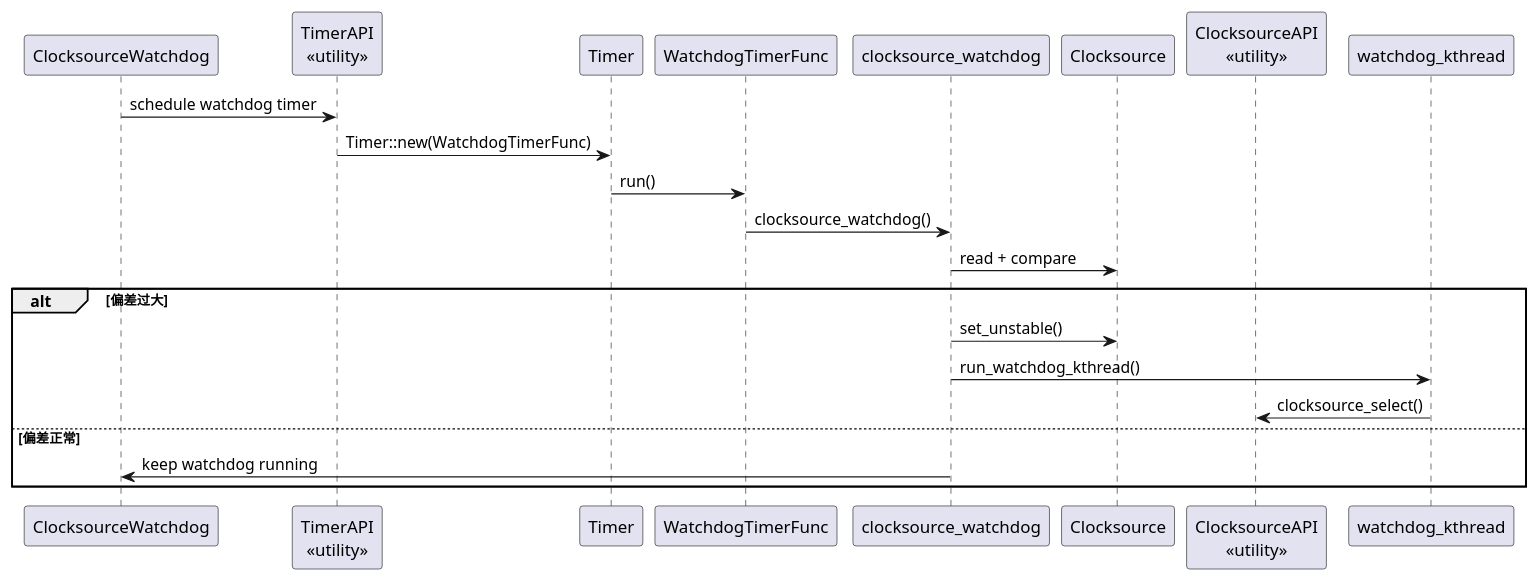
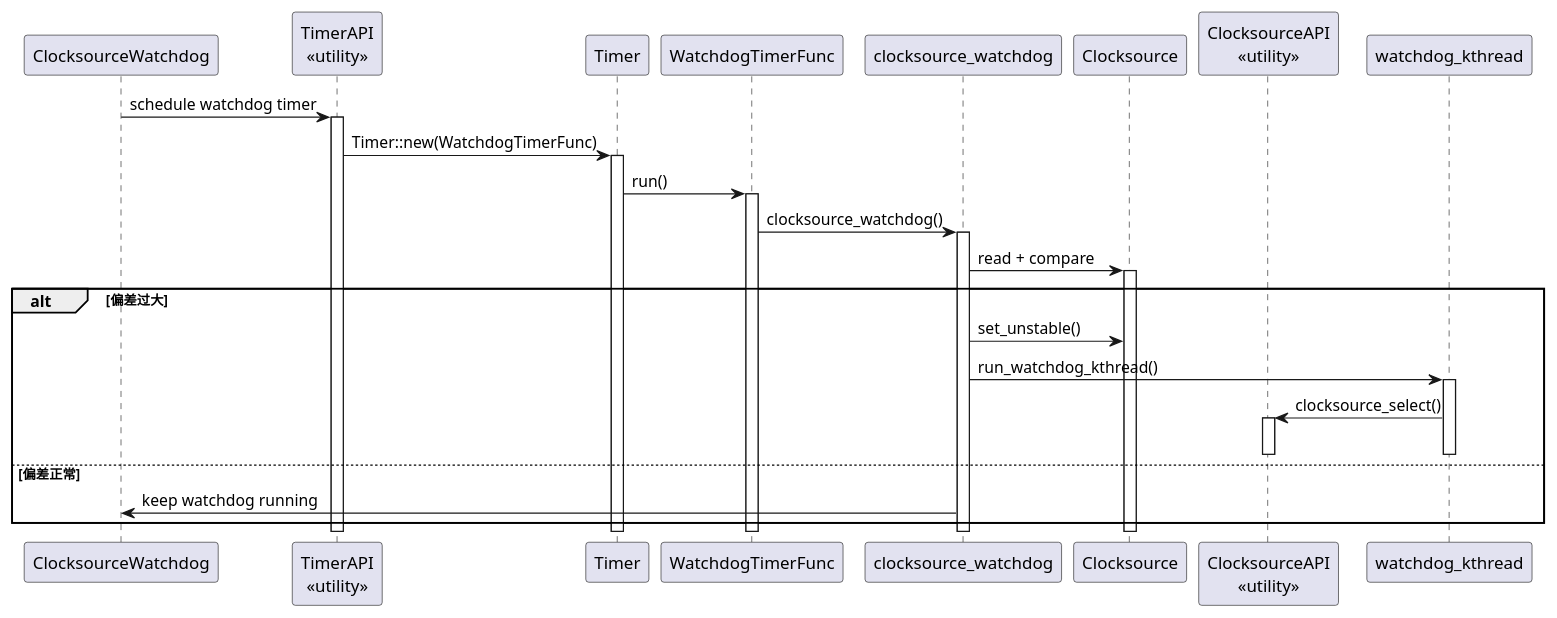
The sixth of 7 diagrams in kernel/src/time/README.md (mistcoversmyeyes/DragonOS), drawn with PlantUML before and after one commit. The commit also changed other lines of this file and 5 other files, not shown here.

````diff
--- a/kernel/src/time/README.md
+++ b/kernel/src/time/README.md
@@ -291,25 +307,39 @@
 ```plantuml
 @startuml
 participant "ClocksourceWatchdog" as CWD
 participant "TimerAPI\n<<utility>>" as TMR
 participant "Timer" as T
 participant "WatchdogTimerFunc" as WTF
 participant "clocksource_watchdog" as CSW
 participant "Clocksource" as CS
 participant "ClocksourceAPI\n<<utility>>" as CSA
 participant "watchdog_kthread" as WK
 
 CWD -> TMR : schedule watchdog timer
+activate TMR
 TMR -> T : Timer::new(WatchdogTimerFunc)
+activate T
 T -> WTF : run()
+activate WTF
 WTF -> CSW : clocksource_watchdog()
+activate CSW
 CSW -> CS : read + compare
+activate CS
 alt 偏差过大
   CSW -> CS : set_unstable()
   CSW -> WK : run_watchdog_kthread()
+  activate WK
   WK -> CSA : clocksource_select()
+  activate CSA
+  deactivate CSA
+  deactivate WK
 else 偏差正常
   CSW -> CWD : keep watchdog running
 end
+deactivate CS
+deactivate CSW
+deactivate WTF
+deactivate T
+deactivate TMR
 @enduml
 ```
````
